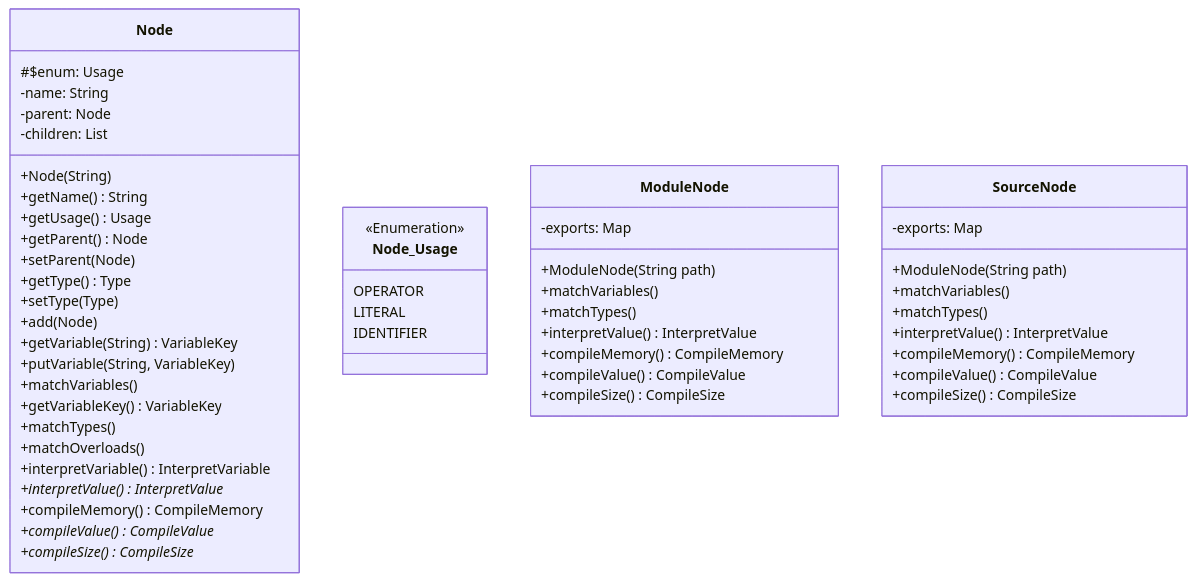
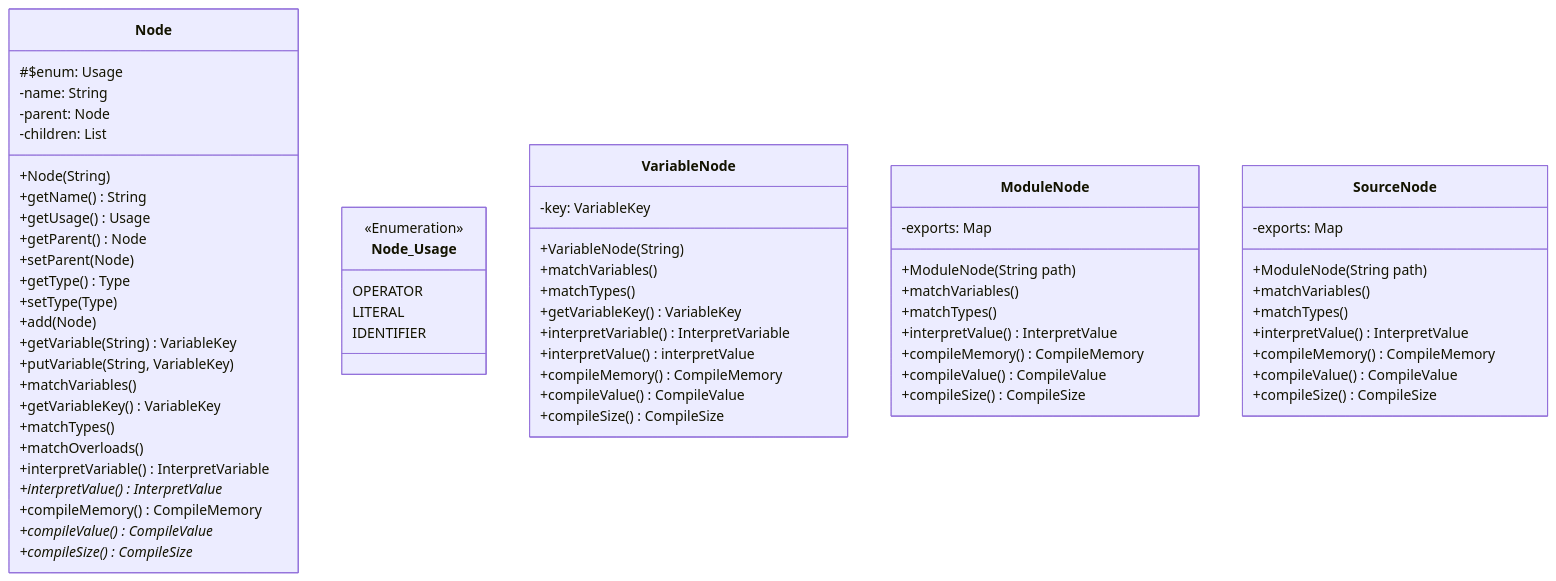
The diagram in UML1.md (Jzhyang1/Monomer), drawn with Mermaid before and after one commit. The commit also changed other lines of this file, not shown here.

Commit message:
UML1.md updated from https://stackedit.io/

````diff
--- a/UML1.md
+++ b/UML1.md
@@ -6,56 +6,67 @@
 ```mermaid
 classDiagram
 
 class Node{
 	#$enum: Usage
 	-name: String  
 	-parent: Node  
 	-children: List<Node>
 	+Node(String)  
 	+getName() String
 	+getUsage() Usage
 	+getParent() Node
 	+setParent(Node) 
 	+getType() Type
 	+setType(Type) 
 	+add(Node)  
 	+getVariable(String) VariableKey  
 	+putVariable(String, VariableKey)  
 	+matchVariables()  
 	+getVariableKey() VariableKey  
 	+matchTypes()  
 	+matchOverloads()  
 	+interpretVariable() InterpretVariable  
 	+interpretValue()* InterpretValue
 	+compileMemory() CompileMemory  
 	+compileValue()* CompileValue 
 	+compileSize()* CompileSize
 }
 class Node_Usage{
 	<<Enumeration>>
 	OPERATOR
 	LITERAL
 	IDENTIFIER
 }
-
+class VariableNode{
+	-key: VariableKey
+	+VariableNode(String)  
+	+matchVariables()  
+	+matchTypes()  
+	+getVariableKey() VariableKey  
+	+interpretVariable() InterpretVariable  
+	+interpretValue() interpretValue  
+	+compileMemory() CompileMemory  
+	+compileValue() CompileValue  
+	+compileSize() CompileSize
+}
 class ModuleNode{
 	-exports: Map<String,VariableKey>
 	+ModuleNode(String path)  
 	+matchVariables()  
 	+matchTypes()  
 	+interpretValue() InterpretValue  
 	+compileMemory() CompileMemory  
 	+compileValue() CompileValue  
 	+compileSize() CompileSize
 }
 class SourceNode{
 	-exports: Map<String,VariableKey>
 	+ModuleNode(String path)  
 	+matchVariables()  
 	+matchTypes()  
 	+interpretValue() InterpretValue  
 	+compileMemory() CompileMemory  
 	+compileValue() CompileValue  
 	+compileSize() CompileSize
 }
 ```
````
